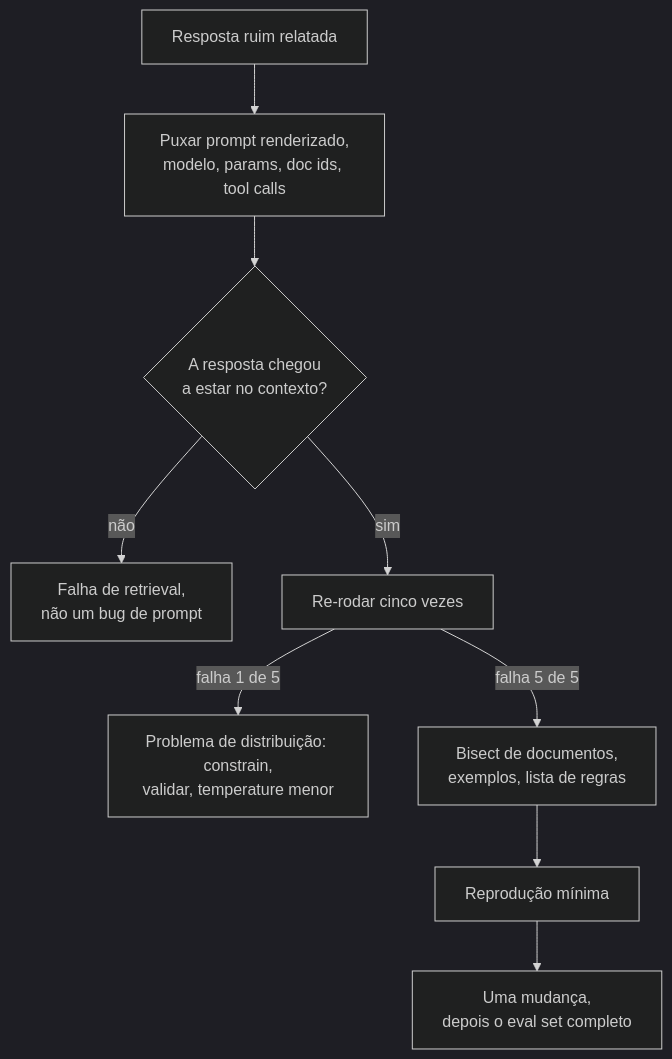
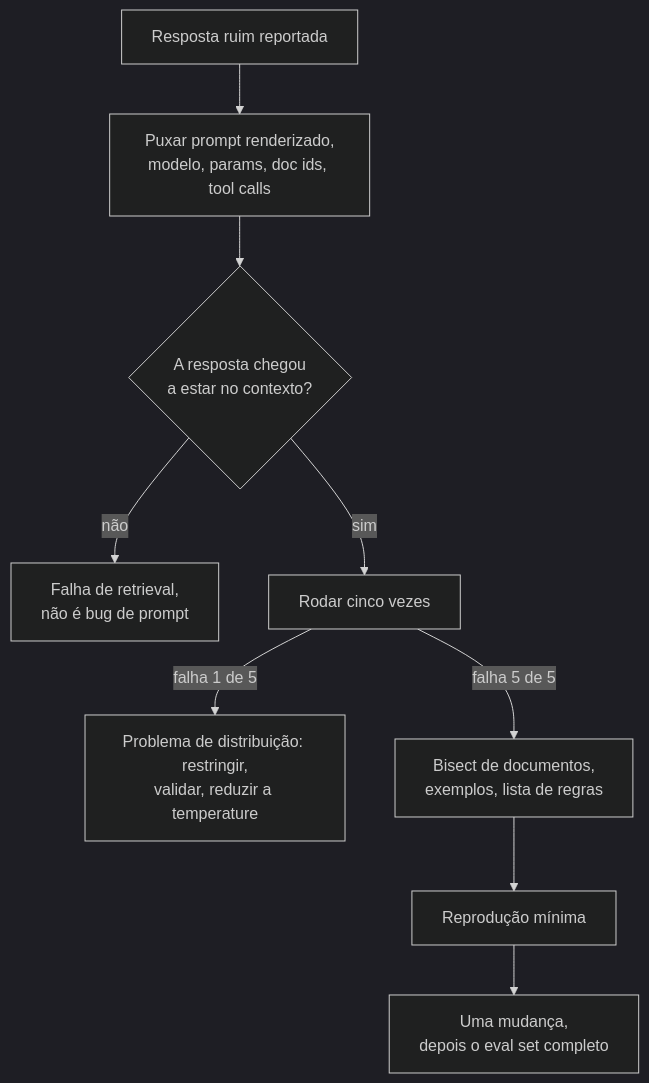
Diagram 16 of 26 in 03-prompt-engineering-and-context/questions.pt-BR.md (andrevberaldo/AI-Engineer-Interview-Questions), drawn with Mermaid (dark theme) before and after one commit. The commit also changed other lines of this file and 1 other file, not shown here.

````diff
--- a/03-prompt-engineering-and-context/questions.pt-BR.md
+++ b/03-prompt-engineering-and-context/questions.pt-BR.md
@@ -932,11 +932,11 @@
 ```mermaid
 flowchart TD
-    A["Resposta ruim relatada"] --> B["Puxar prompt renderizado,<br/>modelo, params, doc ids, tool calls"]
+    A["Resposta ruim reportada"] --> B["Puxar prompt renderizado,<br/>modelo, params, doc ids, tool calls"]
     B --> C{"A resposta chegou<br/>a estar no contexto?"}
-    C -->|"não"| D["Falha de retrieval,<br/>não um bug de prompt"]
-    C -->|"sim"| E["Re-rodar cinco vezes"]
-    E -->|"falha 1 de 5"| F["Problema de distribuição: constrain,<br/>validar, temperature menor"]
+    C -->|"não"| D["Falha de retrieval,<br/>não é bug de prompt"]
+    C -->|"sim"| E["Rodar cinco vezes"]
+    E -->|"falha 1 de 5"| F["Problema de distribuição: restringir,<br/>validar, reduzir a temperature"]
     E -->|"falha 5 de 5"| G["Bisect de documentos,<br/>exemplos, lista de regras"]
     G --> H["Reprodução mínima"]
     H --> I["Uma mudança,<br/>depois o eval set completo"]
 ```
````
